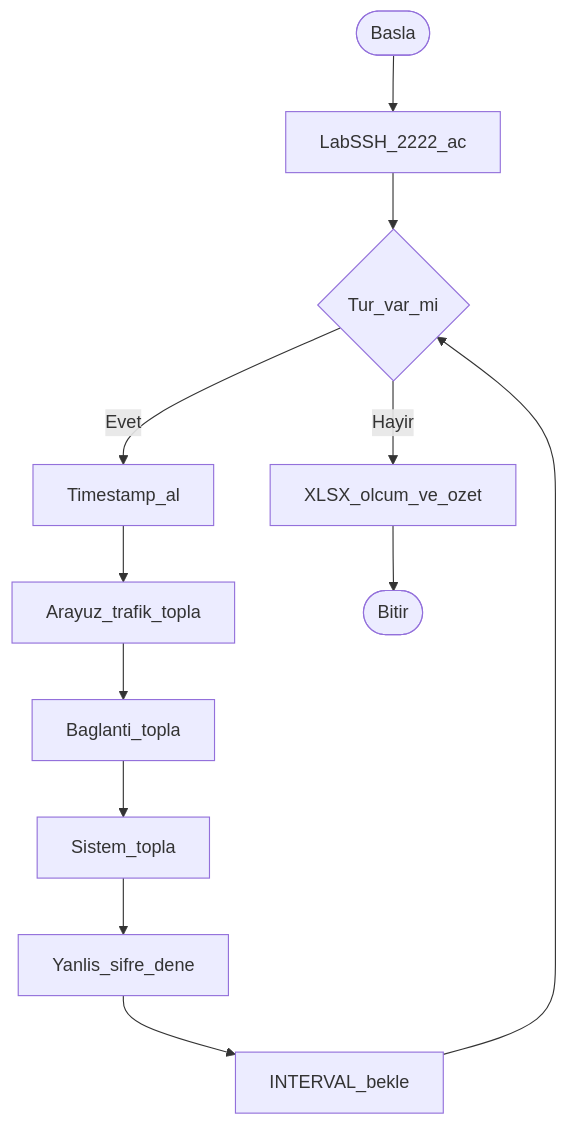
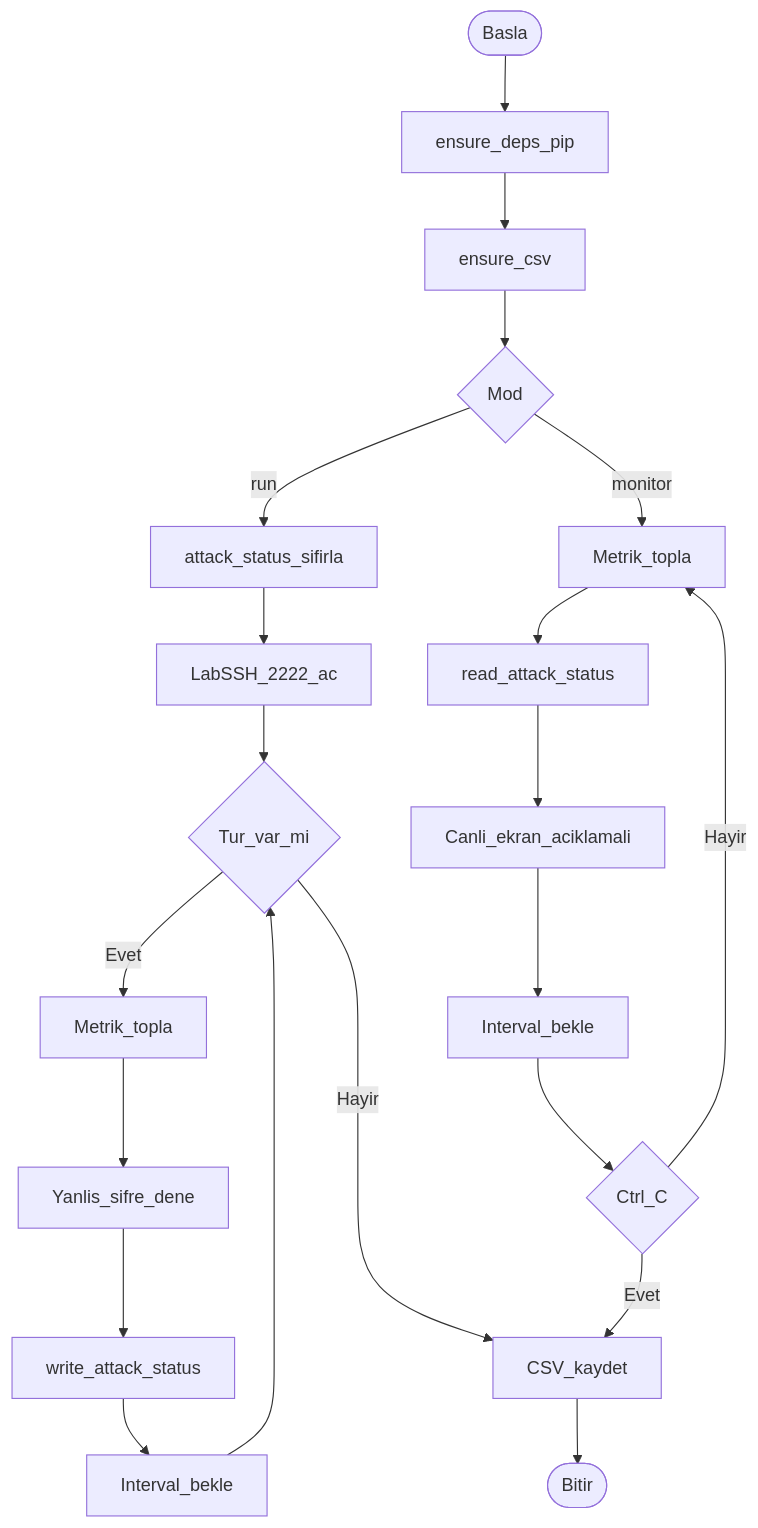
One commit to nahridebtukres/ostimteknikodev changed the diagram in BPMN.md. Above: the diagram before and after it, drawn with Mermaid. The commit also changed other lines of this file and 14 other files, not shown here.

````diff
--- a/BPMN.md
+++ b/BPMN.md
@@ -21,14 +20,23 @@
 ```mermaid
 flowchart TD
-    startEvent([Basla]) --> labSsh[LabSSH_2222_ac]
+    startEvent([Basla]) --> deps[ensure_deps_pip]
+    deps --> csvInit[ensure_csv]
+    csvInit --> modeGate{Mod}
+    modeGate -->|run| resetSt[attack_status_sifirla]
+    resetSt --> labSsh[LabSSH_2222_ac]
+    modeGate -->|monitor| sampleM[Metrik_topla]
     labSsh --> gatewayStart{Tur_var_mi}
-    gatewayStart -->|Evet| taskTs[Timestamp_al]
-    taskTs --> taskIface[Arayuz_trafik_topla]
-    taskIface --> taskConn[Baglanti_topla]
-    taskConn --> taskSys[Sistem_topla]
-    taskSys --> taskSsh[Yanlis_sifre_dene]
-    taskSsh --> taskWait[INTERVAL_bekle]
+    gatewayStart -->|Evet| taskSample[Metrik_topla]
+    taskSample --> taskSsh[Yanlis_sifre_dene]
+    taskSsh --> writeSt[write_attack_status]
+    writeSt --> taskWait[Interval_bekle]
     taskWait --> gatewayStart
-    gatewayStart -->|Hayir| taskXlsx[XLSX_olcum_ve_ozet]
-    taskXlsx --> endEvent([Bitir])
+    gatewayStart -->|Hayir| taskCsv[CSV_kaydet]
+    sampleM --> readSt[read_attack_status]
+    readSt --> livePrint[Canli_ekran_aciklamali]
+    livePrint --> waitM[Interval_bekle]
+    waitM --> ctrlGate{Ctrl_C}
+    ctrlGate -->|Hayir| sampleM
+    ctrlGate -->|Evet| taskCsv
+    taskCsv --> endEvent([Bitir])
 ```
````
